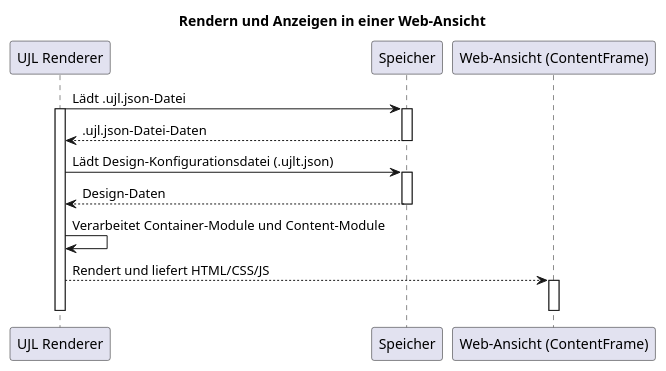
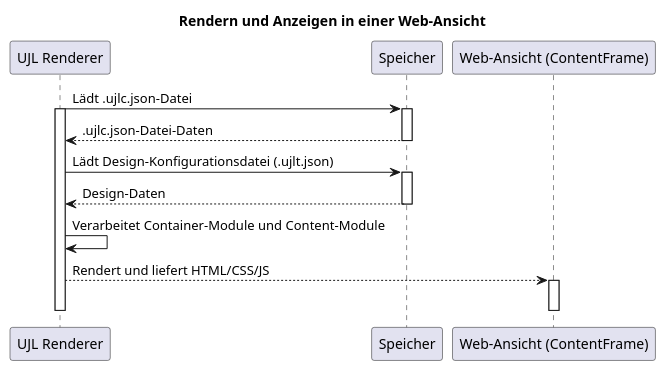
Before and after one commit to mainzcript/ujl: the second of 2 diagrams in apps/docs/src/06-runtime-view.md, drawn with PlantUML. The commit also changed other lines of this file and 131 other files, not shown here.

````diff
--- a/apps/docs/src/06-runtime-view.md
+++ b/apps/docs/src/06-runtime-view.md
@@ -68,27 +68,27 @@
 ```plantuml
 @startuml
 title Rendern und Anzeigen in einer Web-Ansicht
 
 participant Renderer as "UJL Renderer"
 participant Speicher as "Speicher"
 participant ContentFrame as "Web-Ansicht (ContentFrame)"
 
-Renderer -> Speicher: Lädt .ujl.json-Datei
+Renderer -> Speicher: Lädt .ujlc.json-Datei
 activate Renderer
 activate Speicher
-Speicher --> Renderer: .ujl.json-Datei-Daten
+Speicher --> Renderer: .ujlc.json-Datei-Daten
 deactivate Speicher
 
 Renderer -> Speicher: Lädt Design-Konfigurationsdatei (.ujlt.json)
 activate Speicher
 Speicher --> Renderer: Design-Daten
 deactivate Speicher
 
 Renderer -> Renderer: Verarbeitet Container-Module und Content-Module
 Renderer --> ContentFrame: Rendert und liefert HTML/CSS/JS
 activate ContentFrame
 deactivate ContentFrame
 deactivate Renderer
 
 @enduml
 ```
````
